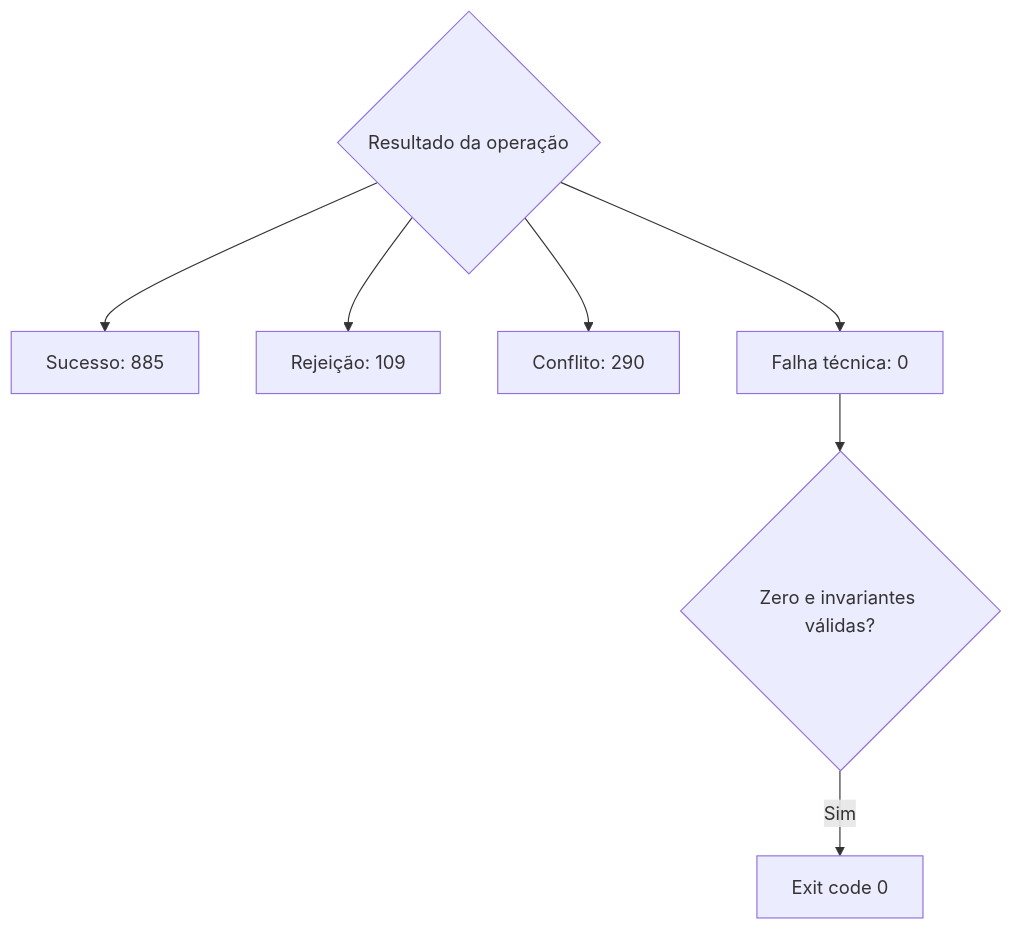
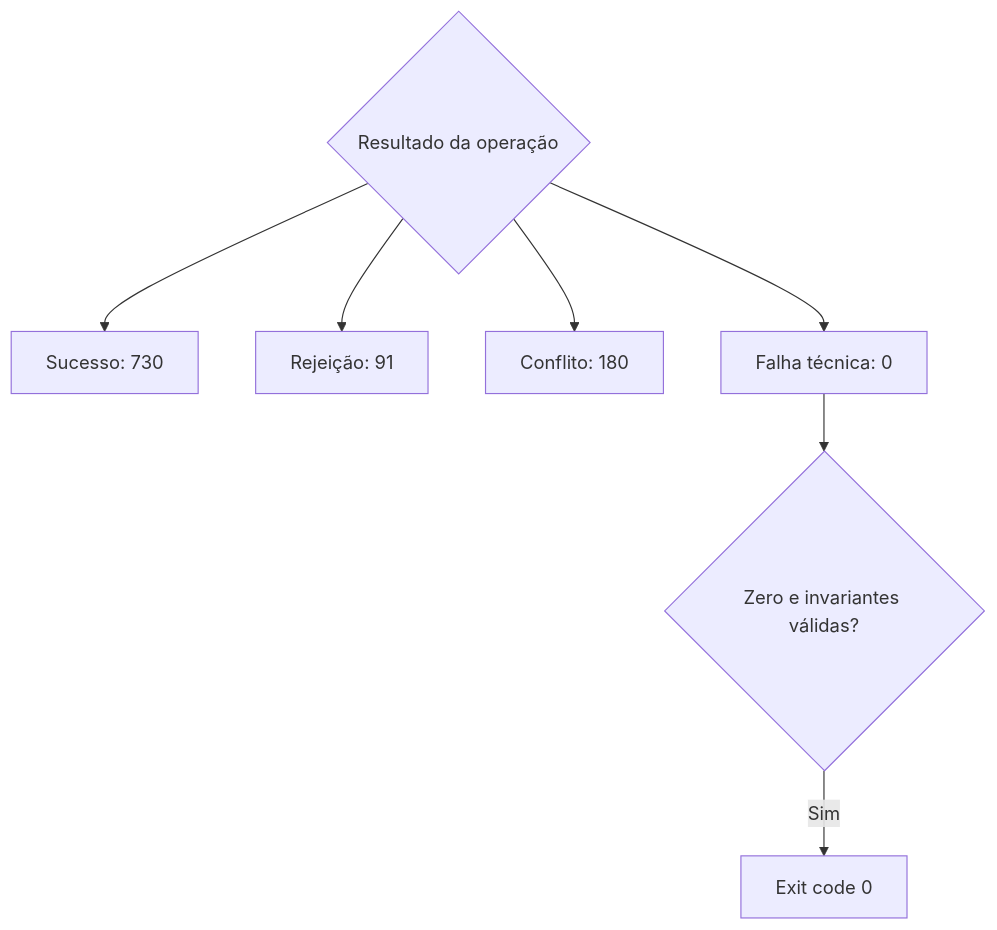
One commit to renansko/jugle-gaming-test changed the sixth of 7 diagrams in evidencias/carga-curta.md. Above: the diagram before and after it, drawn with Mermaid. The commit also changed other lines of this file and 11 other files, not shown here.

````diff
--- a/evidencias/carga-curta.md
+++ b/evidencias/carga-curta.md
@@ -73,9 +73,9 @@
 ```mermaid
 flowchart TD
-    Outcome{"Resultado da operação"} --> Success["Sucesso: 885"]
-    Outcome --> Rejection["Rejeição: 109"]
-    Outcome --> Conflict["Conflito: 290"]
+    Outcome{"Resultado da operação"} --> Success["Sucesso: 730"]
+    Outcome --> Rejection["Rejeição: 91"]
+    Outcome --> Conflict["Conflito: 180"]
     Outcome --> Technical["Falha técnica: 0"]
     Technical --> Gate{"Zero e invariantes válidas?"}
     Gate -->|"Sim"| Green["Exit code 0"]
 ```
````
